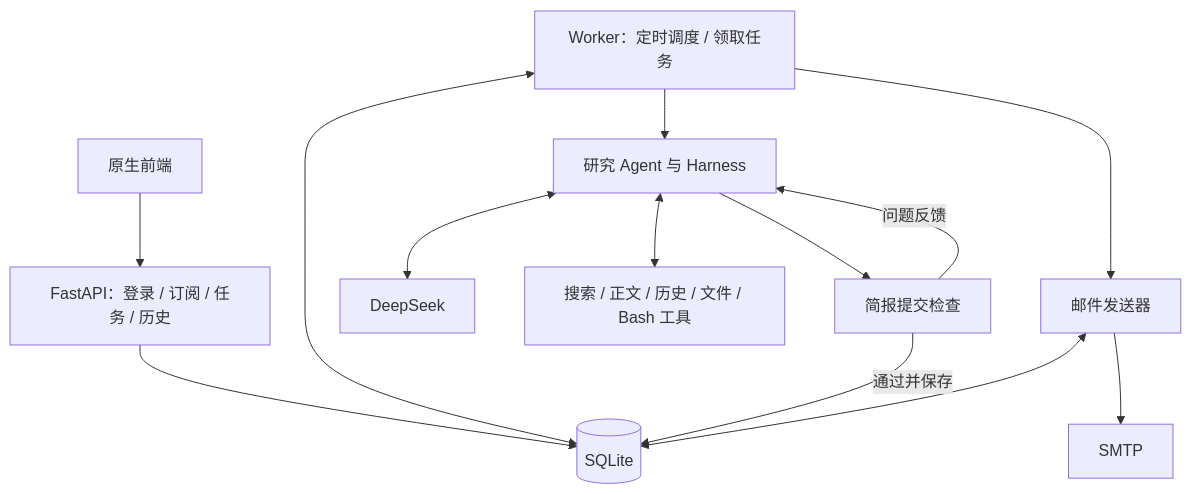
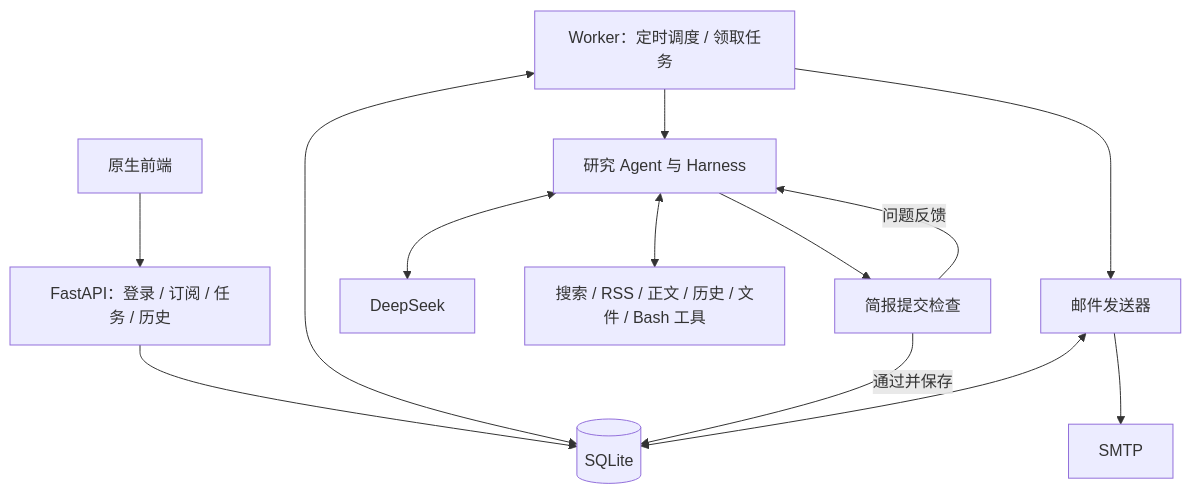
The diagram in 实施计划-v1.2.md (uuPK/kuafuai-interview-project), drawn with Mermaid before and after one commit. The commit also changed other lines of this file and 2 other files, not shown here.

Commit message:
docs: 明确新闻研究证据、按需读取与官方 RSS 实施计划

````diff
--- a/实施计划-v1.2.md
+++ b/实施计划-v1.2.md
@@ -18,15 +18,15 @@
 ```mermaid
 flowchart TD
     UI[原生前端] --> API[FastAPI：登录 / 订阅 / 任务 / 历史]
     API --> DB[(SQLite)]
     W[Worker：定时调度 / 领取任务] <--> DB
     W --> A[研究 Agent 与 Harness]
     A <--> M[DeepSeek]
-    A <--> T[搜索 / 正文 / 历史 / 文件 / Bash 工具]
+    A <--> T[搜索 / RSS / 正文 / 历史 / 文件 / Bash 工具]
     A --> C[简报提交检查]
     C -->|问题反馈| A
     C -->|通过并保存| DB
     W --> D[邮件发送器]
     D <--> DB
     D --> SMTP[SMTP]
 ```
````
